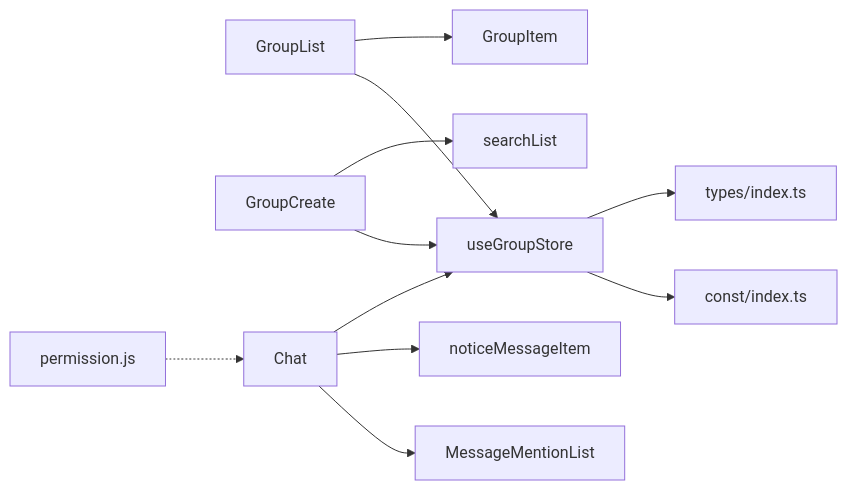
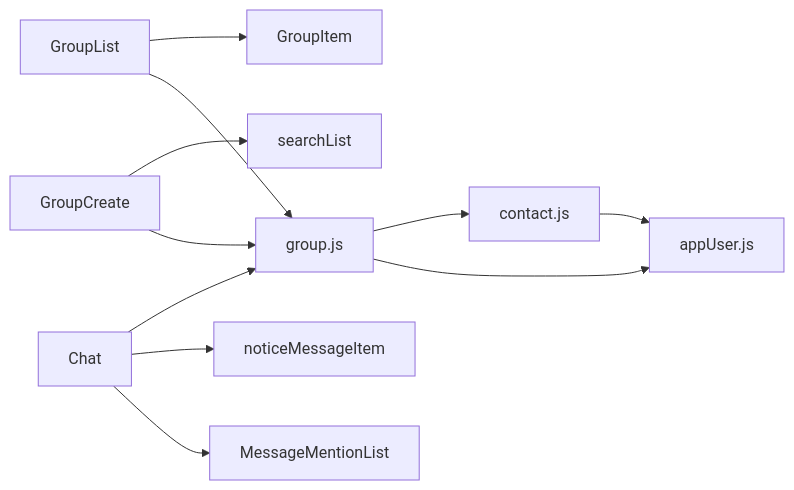
The ninth of 9 diagrams in .qoder/repowiki/zh/content/群组模块/群组模块.md (Easemob-Community/easemob-uikit-uniapp-community), drawn with Mermaid before and after one commit. The commit also changed other lines of this file and 14 other files, not shown here.

````diff
--- a/.qoder/repowiki/zh/content/群组模块/群组模块.md
+++ b/.qoder/repowiki/zh/content/群组模块/群组模块.md
@@ -349,13 +358,13 @@
 ```mermaid
 graph LR
 GL["GroupList"] --> GI["GroupItem"]
 GC["GroupCreate"] --> GSL["searchList"]
-GC --> GSTORE["useGroupStore"]
+GC --> GSTORE["group.js"]
 GL --> GSTORE
 CHAT["Chat"] --> GSTORE
 CHAT --> NM["noticeMessageItem"]
 CHAT --> MENTION["MessageMentionList"]
-GSTORE --> TYPES["types/index.ts"]
-GSTORE --> CONST["const/index.ts"]
-PERM["permission.js"] -.-> CHAT
+GSTORE --> CSTORE["contact.js"]
+GSTORE --> ASTORE["appUser.js"]
+CSTORE --> ASTORE
 ```
````
